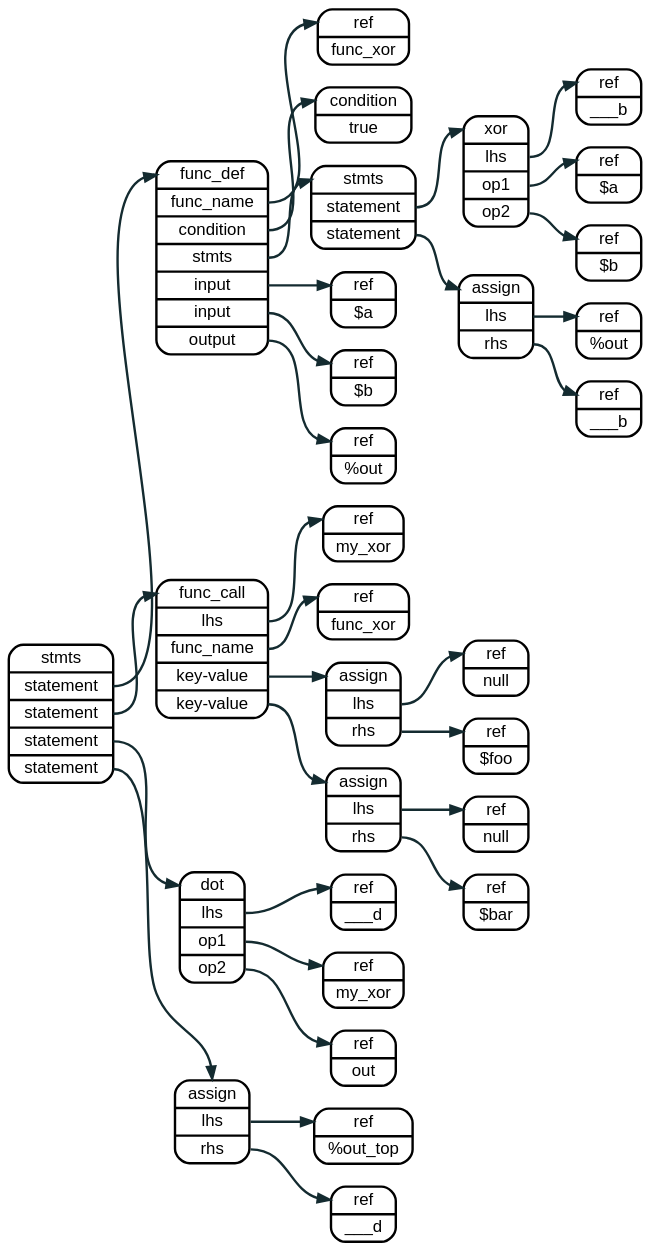
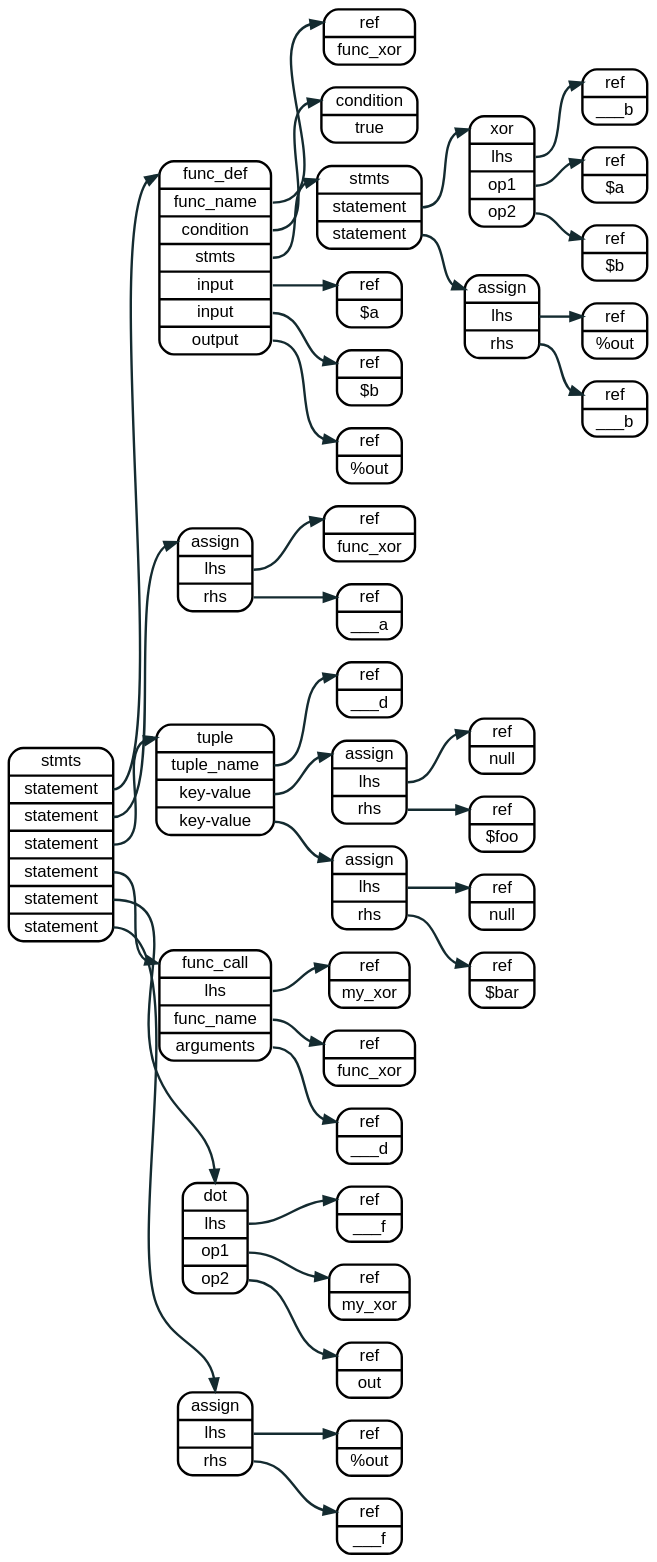
Before and after one commit to sakshi15108/lnast-doc: the diagram in source/graphviz/function_call_imp.dot, drawn with Graphviz. The commit also changed 5 other files, not shown here.

```diff
--- a/source/graphviz/function_call_imp.dot
+++ b/source/graphviz/function_call_imp.dot
@@ -1,93 +1,109 @@
 digraph assign {
   rankdir=LR
   bgcolor="transparent"
 
   node  [fontname = "helvetica", shape=record, style="rounded", penwidth = 2];
   edge  [fontname = "helvetica", color="#142b30", arrowhead="normal", penwidth = 2];
   graph [fontname = "helvetica"];
 
   
 
-  node0 [label = "<a> stmts | <s1> statement | <s2> statement | <s3> statement |  <s4> statement" ];
+  node0 [label = "<a> stmts | <s1> statement | <s2> statement | <s3> statement |  <s4> statement | <s5> statement | <s6> statement" ];
   node1 [label = "<a> func_def | <n> func_name | <cond> condition | <stmts> stmts |<io1> input | <io2> input |  <io3> output "]
   node2 [label = "<a> ref   | <l> func_xor"];
-  node3 [label = "<a> ref   | <l> $a"];
-  node4 [label = "<a> ref   | <l> $b"];
-  node5 [label = "<a> ref   | <l> %out"];
-  node6 [label = "<a> stmts | <s1> statement | <s2> statement"];
+  node3 [label = "<a> condition | <l> true"];
+  node4 [label = "<a> stmts | <s1> statement | <s2> statement"];
+  node5 [label = "<a> ref   | <l> $a"];
+  node6 [label = "<a> ref   | <l> $b"];
+  node7 [label = "<a> ref   | <l> %out"];
 
-  node7 [label = "<a> xor | <l> lhs | <r1> op1 | <r2> op2 "];
-  node8 [label = "<a> ref   | <l> ___b"];
-  node9 [label = "<a> ref   | <l> $a"];
-  nodea [label = "<a> ref   | <l> $b"];
+  node8 [label = "<a> xor | <l> lhs | <r1> op1 | <r2> op2 "];
+  node9 [label = "<a> ref   | <l> ___b"];
+  nodea [label = "<a> ref   | <l> $a"];
+  nodeb [label = "<a> ref   | <l> $b"];
 
-  nodeb [label = "<a> assign | <l> lhs  | <r> rhs"];
-  nodec [label = "<a> ref   | <l> %out"];
-  noded [label = "<a> ref   | <l> ___b"];
+  nodec [label = "<a> assign | <l> lhs  | <r> rhs"];
+  noded [label = "<a> ref   | <l> %out"];
+  nodee [label = "<a> ref   | <l> ___b"];
 
-  nodee [label = "<a> condition | <l> true"];
+  nodef [label = "<a> assign | <l> lhs  | <r> rhs"];
+  nodeg [label = "<a> ref   | <l> func_xor"];
+  nodeh [label = "<a> ref   | <l> \___a"];
 
-  nodef [label = "<a> func_call | <l> lhs | <n> func_name | <kv1> key-value |
-  <kv2>  key-value"];
-  nodeg [label = "<a> ref | <l> my_xor"];
-  nodeh [label = "<a> ref | <l> func_xor"];
+  
+  nodei [label = "<a> tuple   | <n> tuple_name | <kv1> key-value | <kv2> key-value"]
+  nodej [label = "<a> ref   | <l> ___d"];
 
-  nodei[label = "<a> assign | <l> lhs | <r> rhs"]
-  nodex1[label = "<a> ref | <l> null"];
-  nodex2[label = "<a> ref | <l> $foo"];
-  
-  nodej[label = "<a> assign | <l> lhs | <r> rhs"]
-  nodex3[label = "<a> ref | <l> null"];
-  nodex4[label = "<a> ref | <l> $bar"];
+  nodek [label = "<a> assign | <l> lhs  | <r> rhs"];
+  nodel [label = "<a> ref    | <l> null"];
+  nodem [label = "<a> ref    | <l> $foo"];
+
+  noden [label = "<a> assign | <l> lhs  | <r> rhs"];
+  nodeo [label = "<a> ref    | <l> null"];
+  nodep [label = "<a> ref    | <l> $bar"];
+
+  nodeq [label = "<a> func_call | <l> lhs | <n> func_name | <tp> arguments"];
+  noder [label = "<a> ref | <l> my_xor"];
+  nodes [label = "<a> ref | <l> func_xor"];
+  nodet [label = "<a> ref | <l> ___d"];
 
 
-  nodek [label = "<a> dot | <l> lhs | <r1> op1 | <r2> op2 "];
-  nodel [label = "<a> ref   | <l> ___d"];
-  nodem [label = "<a> ref   | <l> my_xor"];
-  noden [label = "<a> ref   | <l> out"];
+  nodeu [label = "<a> dot | <l> lhs | <r1> op1 | <r2> op2 "];
+  nodev [label = "<a> ref   | <l> ___f"];
+  nodew [label = "<a> ref   | <l> my_xor"];
+  nodex [label = "<a> ref   | <l> out"];
 
-  nodeo [label = "<a> assign | <l> lhs  | <r> rhs"];
-  nodep [label = "<a> ref   | <l> %out_top"];
-  nodeq [label = "<a> ref   | <l> ___d"];
+  nodey  [label = "<a> assign | <l> lhs  | <r> rhs"];
+  nodez  [label = "<a> ref   | <l> %out"];
+  nodeaa [label = "<a> ref   | <l> ___f"];
 
 
 
   node0:s1  -> node1:a;
   node0:s2  -> nodef:a;
-  node0:s3  -> nodek:a;
-  node0:s4  -> nodeo:a;
+  node0:s3  -> nodei:a;
+  node0:s4  -> nodeq:a;
+  node0:s5  -> nodeu:a;
+  node0:s6  -> nodey:a;
 
-  node1:n   -> node2:a;
-  node1:stmts -> node6:a;
-  node1:cond  -> nodee:a;
-  node1:io1 -> node3:a;
-  node1:io2 -> node4:a;
-  node1:io3 -> node5:a;
+  node1:n     -> node2:a;
+  node1:cond  -> node3:a;
+  node1:stmts -> node4:a;
+  node1:io1   -> node5:a;
+  node1:io2   -> node6:a;
+  node1:io3   -> node7:a;
 
-  node6:s1 -> node7:a;
-  node6:s2 -> nodeb:a;
+  node4:s1 -> node8:a;
+  node4:s2 -> nodec:a;
 
-  node7:l -> node8:a;
-  node7:r1 -> node9:a;
-  node7:r2 -> nodea:a;
+  node8:l  -> node9:a;
+  node8:r1 -> nodea:a;
+  node8:r2 -> nodeb:a;
+
+  nodec:l  -> noded:a;
+  nodec:r  -> nodee:a;
+
+  nodef:l  -> nodeg:a;
+  nodef:r  -> nodeh:a;
   
-  nodeb:l -> nodec:a;
-  nodeb:r -> noded:a;
+  nodei:n   -> nodej:a;
+  nodei:kv1 -> nodek:a;
+  nodei:kv2 -> noden:a;
 
-  nodef:l -> nodeg:a;
-  nodef:n -> nodeh:a;
-  nodef:kv1 -> nodei:a;
-  nodef:kv2 -> nodej:a;
+  nodek:l -> nodel:a;
+  nodek:r -> nodem:a;
 
-  nodek:l  -> nodel:a;
-  nodek:r1 -> nodem:a;
-  nodek:r2 -> noden:a;
+  noden:l -> nodeo:a;
+  noden:r -> nodep:a;
 
-  nodeo:l -> nodep:a;
-  nodeo:r -> nodeq:a;
+  nodeq:l -> noder:a;
+  nodeq:n -> nodes:a;
+  nodeq:tp-> nodet:a;
 
-  nodei:l -> nodex1:a;
-  nodei:r -> nodex2:a;
-  nodej:l -> nodex3:a;
-  nodej:r -> nodex4:a;
+  nodeu:l -> nodev:a;
+  nodeu:r1 -> nodew:a;
+  nodeu:r2 -> nodex:a;
+
+  nodey:l -> nodez:a;
+  nodey:r -> nodeaa:a;
 }
```
